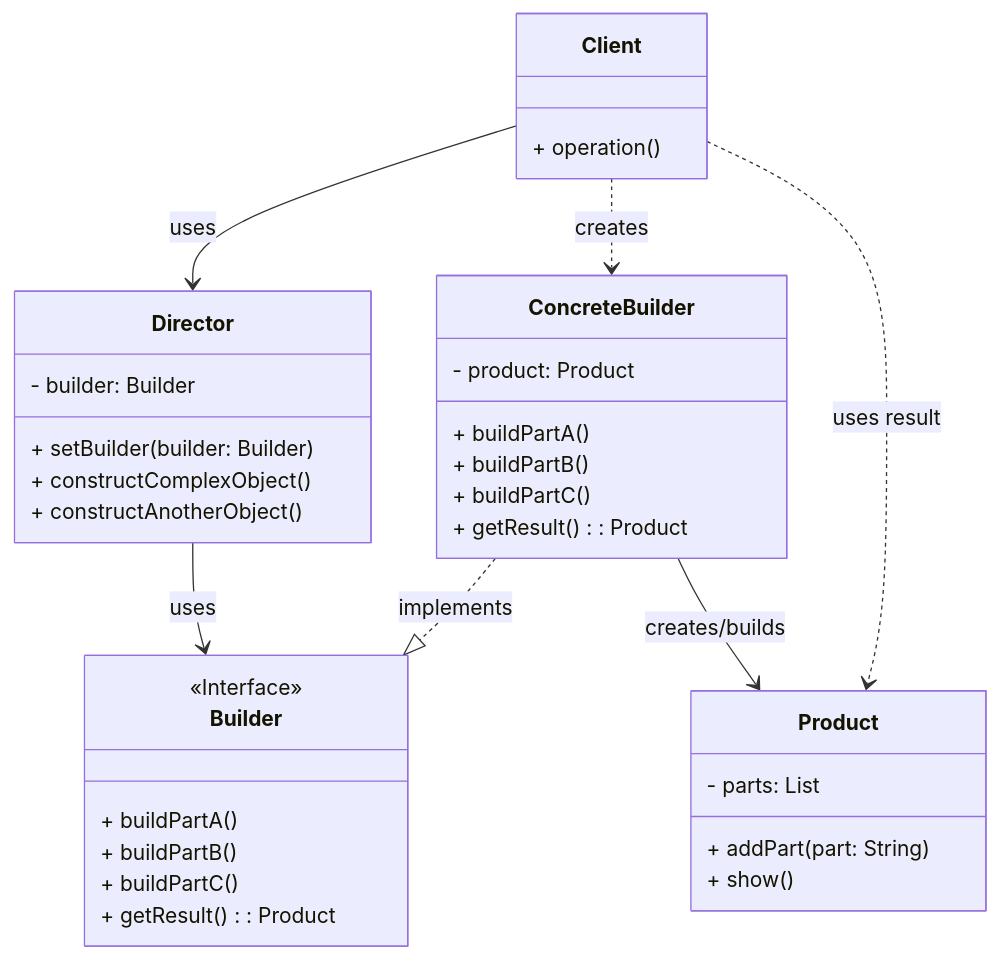
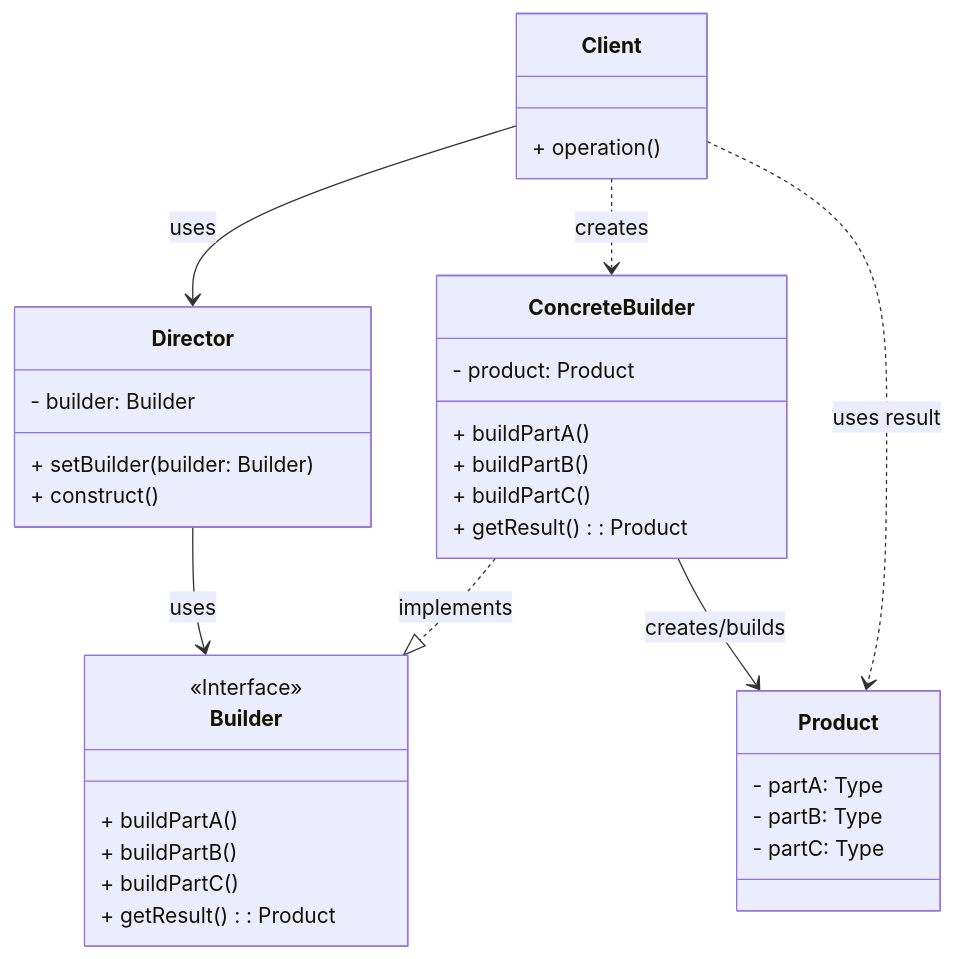
The diagram in builder-pattern/README.md (johnburbridge/java-cookbook), drawn with Mermaid before and after one commit. The commit also changed other lines of this file, not shown here.

````diff
--- a/builder-pattern/README.md
+++ b/builder-pattern/README.md
@@ -11,38 +11,37 @@
 ```mermaid
 classDiagram
     class Director {
         - builder: Builder
         + setBuilder(builder: Builder)
-        + constructComplexObject()
-        + constructAnotherObject()
+        + construct()
     }
     class Builder {
         <<Interface>>
         + buildPartA()
         + buildPartB()
         + buildPartC()
         + getResult() : Product
     }
     class ConcreteBuilder {
         - product: Product
         + buildPartA()
         + buildPartB()
         + buildPartC()
         + getResult() : Product
     }
     class Product {
-        - parts: List<String>
-        + addPart(part: String)
-        + show()
+        - partA: Type
+        - partB: Type
+        - partC: Type
     }
     class Client {
         + operation()
     }
 
     Director --> Builder : uses
     ConcreteBuilder ..|> Builder : implements
     ConcreteBuilder --> Product : creates/builds
     Client --> Director : uses
     Client ..> ConcreteBuilder : creates
     Client ..> Product : uses result
 ```
````
